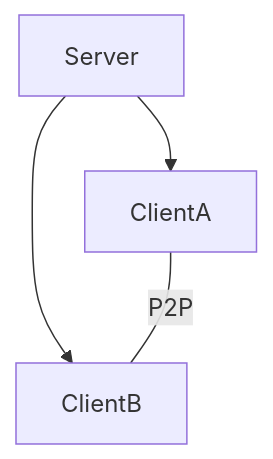
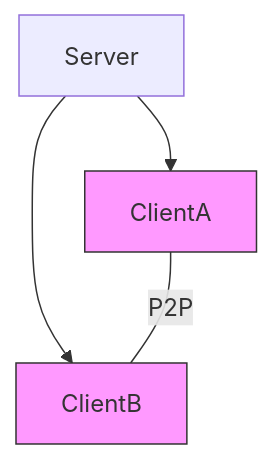
Before and after one commit to luciamarst/Hybrid-CS-P2P-Server: the diagram in README.md, drawn with Mermaid.

Commit message:
Update README with client-server communication diagram
Added a diagram to illustrate client-server communication.

````diff
--- a/README.md
+++ b/README.md
@@ -28,6 +28,10 @@
 ```mermaid
 graph TD
     Server --> ClientA
     Server --> ClientB
     ClientA ---|P2P| ClientB
+
+  %% Forzar que ClientA y ClientB estén en el mismo nivel
+    classDef sameLevel fill:#f9f,stroke:#333,stroke-width:1px;
+    class ClientA,ClientB sameLevel;
 ```
````
